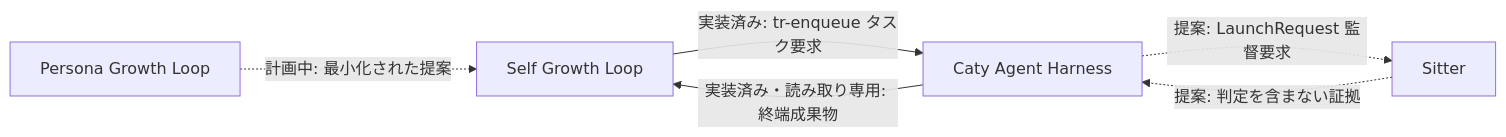
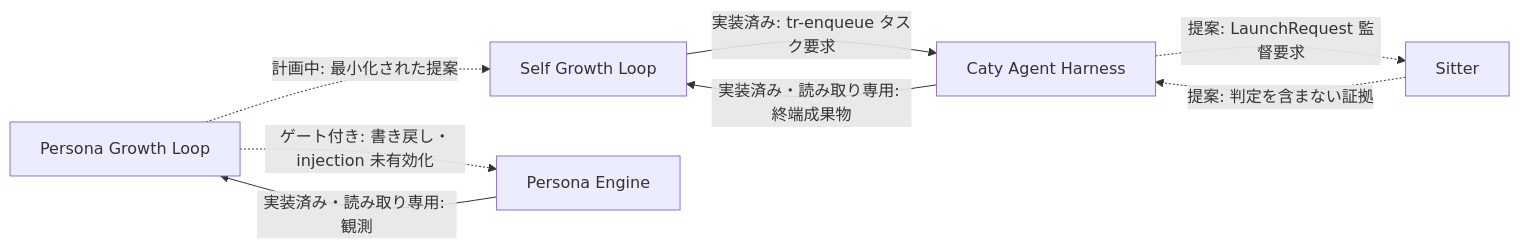
Before and after one commit to caty-ai/family-os: the fourth of 4 diagrams in docs/engineering.ja.md, drawn with Mermaid. The commit also changed other lines of this file and 5 other files, not shown here.

First line of the commit message:
docs(engineering): Persona Engine <-> Persona Growth Loop rows agree with the observed state (#176)

````diff
--- a/docs/engineering.ja.md
+++ b/docs/engineering.ja.md
@@ -201,13 +202,16 @@
 ```mermaid
 flowchart LR
   SG["Self Growth Loop"]
   H["Caty Agent Harness"]
   S["Sitter"]
   P["Persona Growth Loop"]
+  PE["Persona Engine"]
 
   SG -->|"実装済み: tr-enqueue タスク要求"| H
   H -->|"実装済み・読み取り専用: 終端成果物"| SG
   H -.->|"提案: LaunchRequest 監督要求"| S
   S -.->|"提案: 判定を含まない証拠"| H
   P -.->|"計画中: 最小化された提案"| SG
+  PE -->|"実装済み・読み取り専用: 観測"| P
+  P -.->|"ゲート付き: 書き戻し・injection 未有効化"| PE
 ```
````
